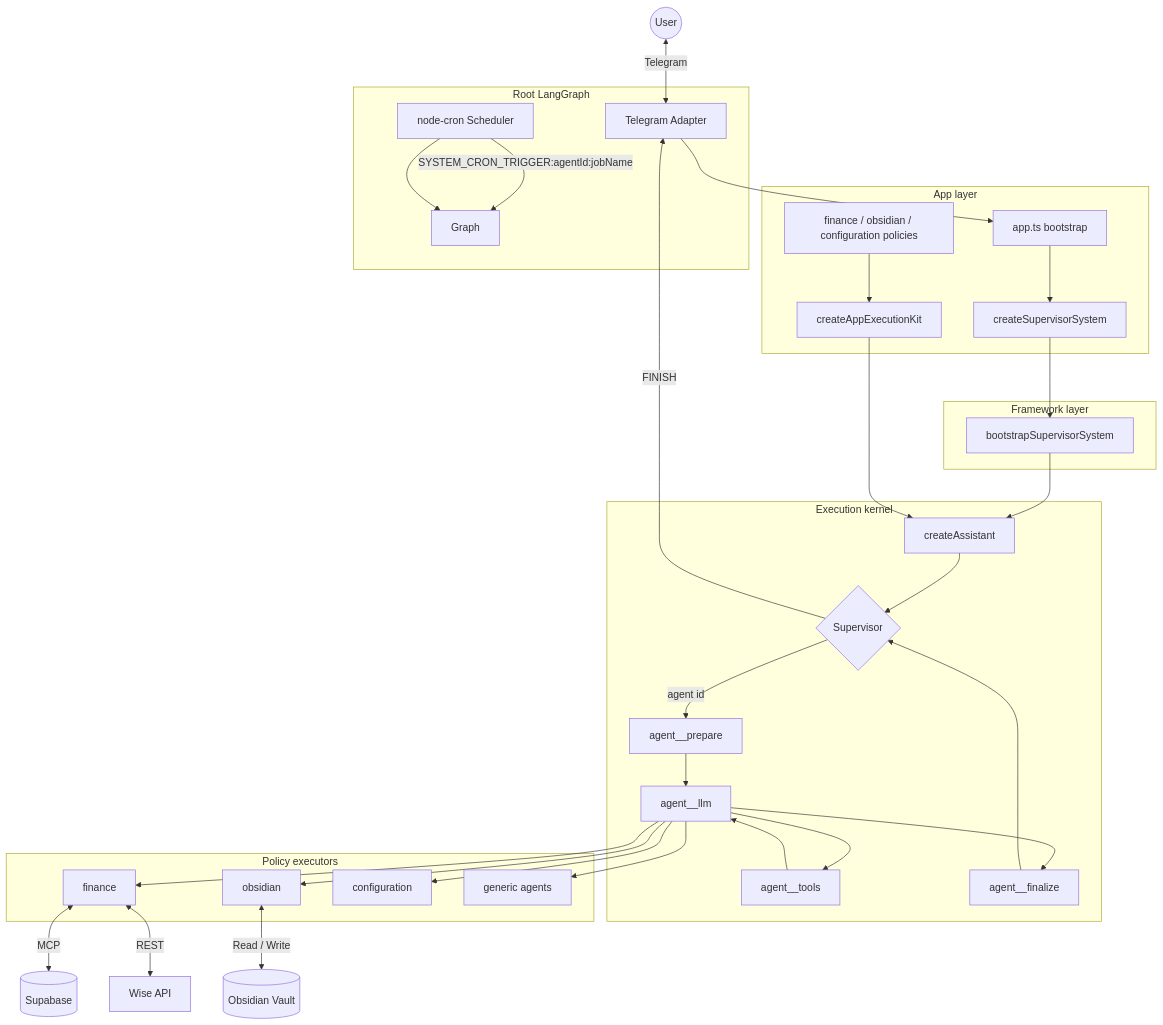
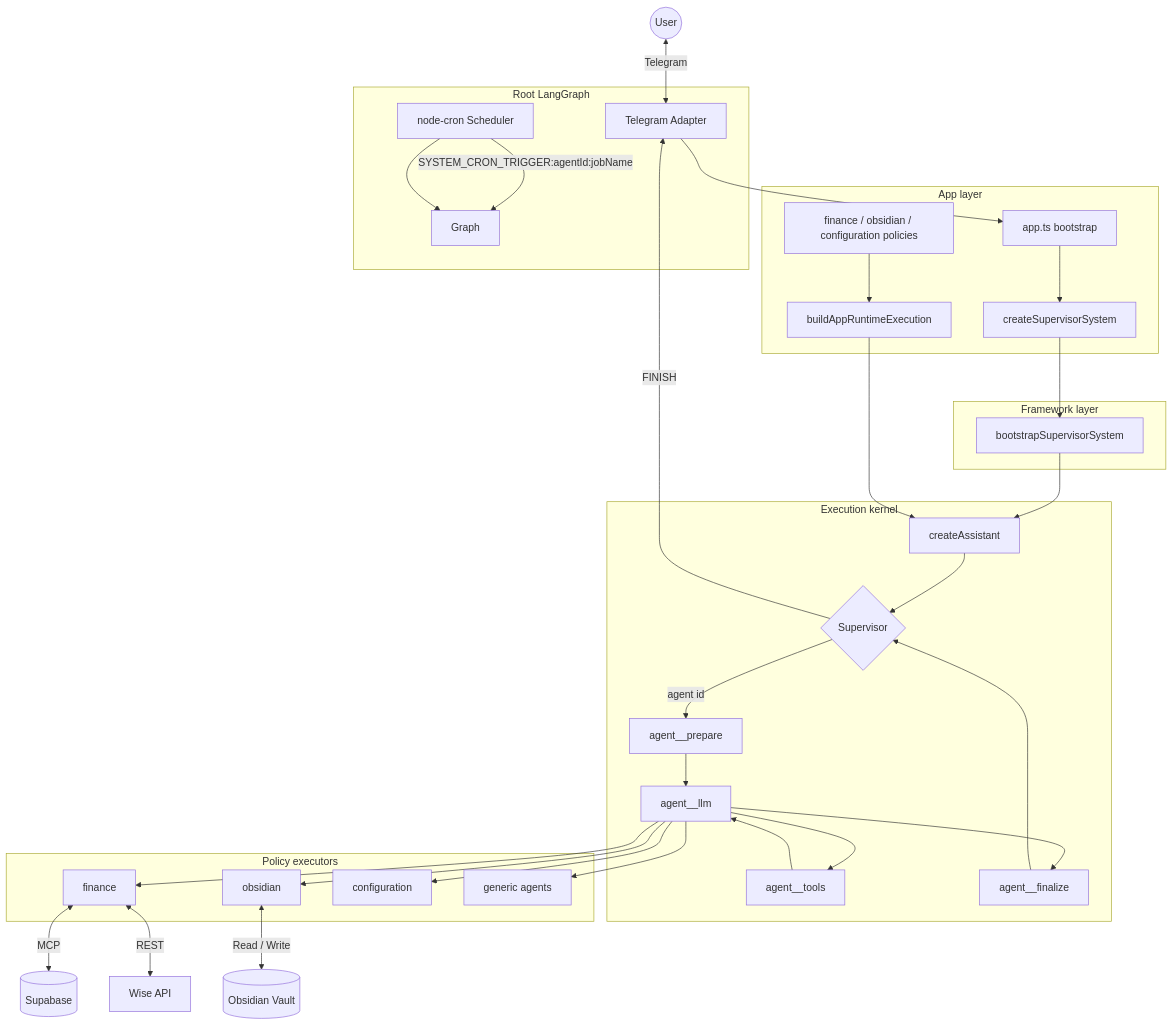
One commit to slnnzmtl/langgraph-personal-assistant changed the diagram in README.md. Above: the diagram before and after it, drawn with Mermaid. The commit also changed other lines of this file and 55 other files, not shown here.

````diff
--- a/README.md
+++ b/README.md
@@ -9,52 +9,52 @@
 ```mermaid
 graph TD
     User((User)) <-->|Telegram| Adapter[Telegram Adapter]
     Cron[node-cron Scheduler] -->|SYSTEM_CRON_TRIGGER:agentId:jobName| Graph
 
     subgraph AppLayer [App layer]
         AppTS[app.ts bootstrap]
         PersonalPack[createSupervisorSystem]
-        AppKit[createAppExecutionKit]
+        AppKit[buildAppRuntimeExecution]
         AppPolicies[finance / obsidian / configuration policies]
     end
 
     subgraph FrameworkLayer [Framework layer]
         Bootstrap[bootstrapSupervisorSystem]
     end
 
     subgraph CoreKernel [Execution kernel]
         CreateAssistant[createAssistant]
         Supervisor{Supervisor}
         Prepare["agent__prepare"]
         Llm["agent__llm"]
         Tools["agent__tools"]
         Finalize["agent__finalize"]
     end
 
     subgraph RootGraph [Root LangGraph]
         Adapter --> AppTS --> PersonalPack --> Bootstrap --> CreateAssistant
         CreateAssistant --> Supervisor
         Supervisor -->|agent id| Prepare
         Prepare --> Llm
         Llm --> Tools
         Tools --> Llm
         Llm --> Finalize
         Finalize --> Supervisor
         Supervisor -->|FINISH| Adapter
         Cron --> Graph
     end
 
     AppKit --> CreateAssistant
     AppPolicies --> AppKit
 
     subgraph RuntimePolicies [Policy executors]
         Llm --> FinancePolicy[finance]
         Llm --> ObsidianPolicy[obsidian]
         Llm --> ConfigurationPolicy[configuration]
         Llm --> GenericPolicy[generic agents]
     end
 
     FinancePolicy <-->|MCP| Supabase[(Supabase)]
     FinancePolicy <-->|REST| Wise[Wise API]
     ObsidianPolicy <-->|Read / Write| Vault[(Obsidian Vault)]
 ```
````
